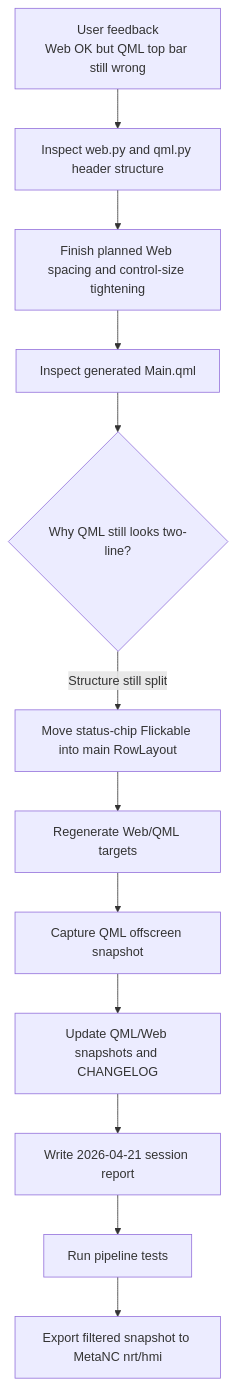
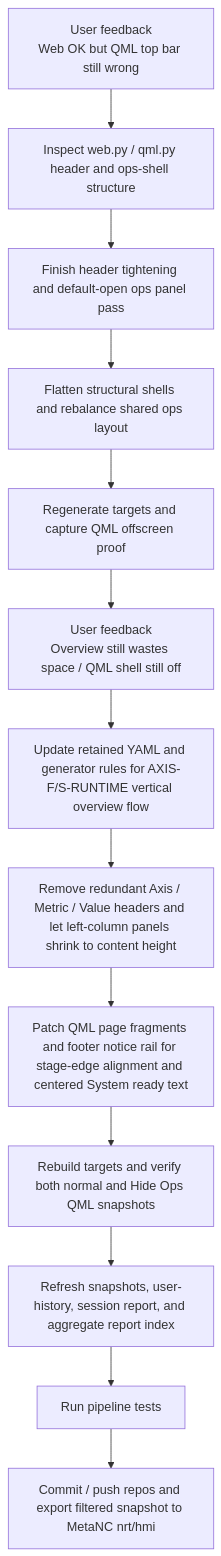
Before and after one commit to luppiterw/metanc_hmi_dsl_reports: the diagram in 2026-04-21-codex-session/workflow-diagram.md, drawn with Mermaid. The commit also changed 7 other files, not shown here.

Commit message:
docs: update 2026-04-21 session report

````diff
--- a/2026-04-21-codex-session/workflow-diagram.md
+++ b/2026-04-21-codex-session/workflow-diagram.md
@@ -3,14 +3,15 @@
 ```mermaid
 flowchart TD
-    A[User feedback<br/>Web OK but QML top bar still wrong] --> B[Inspect web.py and qml.py header structure]
-    B --> C[Finish planned Web spacing and control-size tightening]
-    C --> D[Inspect generated Main.qml]
-    D --> E{Why QML still looks two-line?}
-    E -->|Structure still split| F[Move status-chip Flickable into main RowLayout]
-    F --> G[Regenerate Web/QML targets]
-    G --> H[Capture QML offscreen snapshot]
-    H --> I[Update QML/Web snapshots and CHANGELOG]
-    I --> J[Write 2026-04-21 session report]
-    J --> K[Run pipeline tests]
-    K --> L[Export filtered snapshot to MetaNC nrt/hmi]
+    A[User feedback<br/>Web OK but QML top bar still wrong] --> B[Inspect web.py / qml.py header and ops-shell structure]
+    B --> C[Finish header tightening and default-open ops panel pass]
+    C --> D[Flatten structural shells and rebalance shared ops layout]
+    D --> E[Regenerate targets and capture QML offscreen proof]
+    E --> F[User feedback<br/>Overview still wastes space / QML shell still off]
+    F --> G[Update retained YAML and generator rules for AXIS-F/S-RUNTIME vertical overview flow]
+    G --> H[Remove redundant Axis / Metric / Value headers and let left-column panels shrink to content height]
+    H --> I[Patch QML page fragments and footer notice rail for stage-edge alignment and centered System ready text]
+    I --> J[Rebuild targets and verify both normal and Hide Ops QML snapshots]
+    J --> K[Refresh snapshots, user-history, session report, and aggregate report index]
+    K --> L[Run pipeline tests]
+    L --> M[Commit / push repos and export filtered snapshot to MetaNC nrt/hmi]
 ```
````
